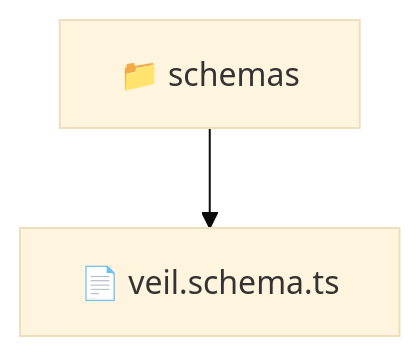
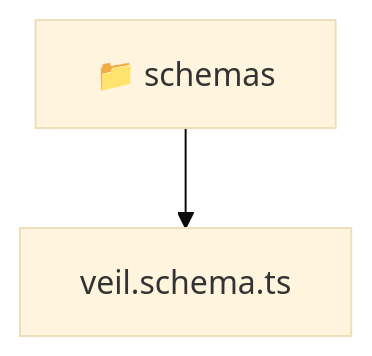
The diagram in backend/src/modules/veil/infrastructure/schemas/README.md (beginwebdev2002/fullstack-mavluda), drawn with Mermaid (base theme) before and after one commit. The commit also changed other lines of this file and 167 other files, not shown here.

````diff
--- a/backend/src/modules/veil/infrastructure/schemas/README.md
+++ b/backend/src/modules/veil/infrastructure/schemas/README.md
@@ -9,5 +9,6 @@
 ```mermaid
 graph TD
-  Root["📁 schemas"]
-  Root --> veil_schema_ts["📄 veil.schema.ts"]
+  Root_schemas["📁 schemas"]
+  f_veil_schema_ts["veil.schema.ts"]
+  Root_schemas --> f_veil_schema_ts
 ```
````
